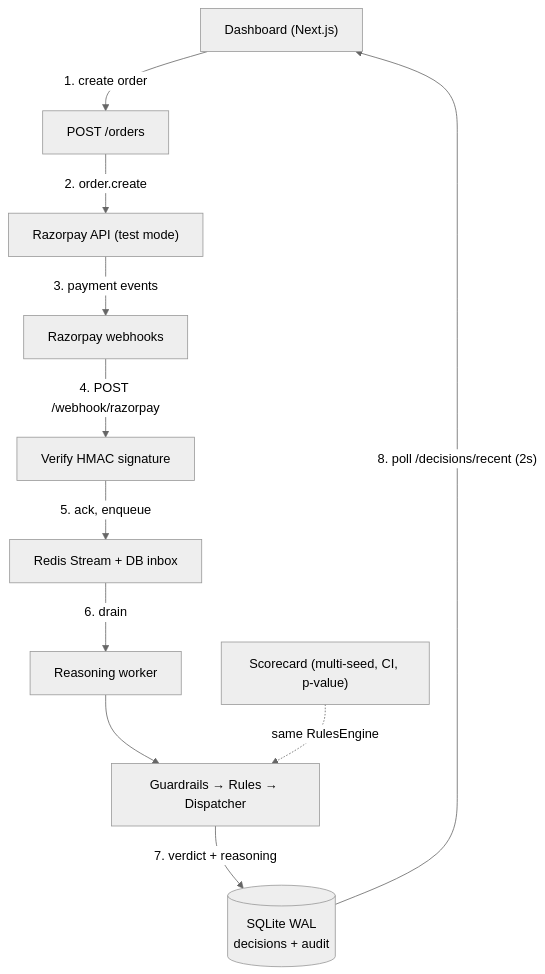
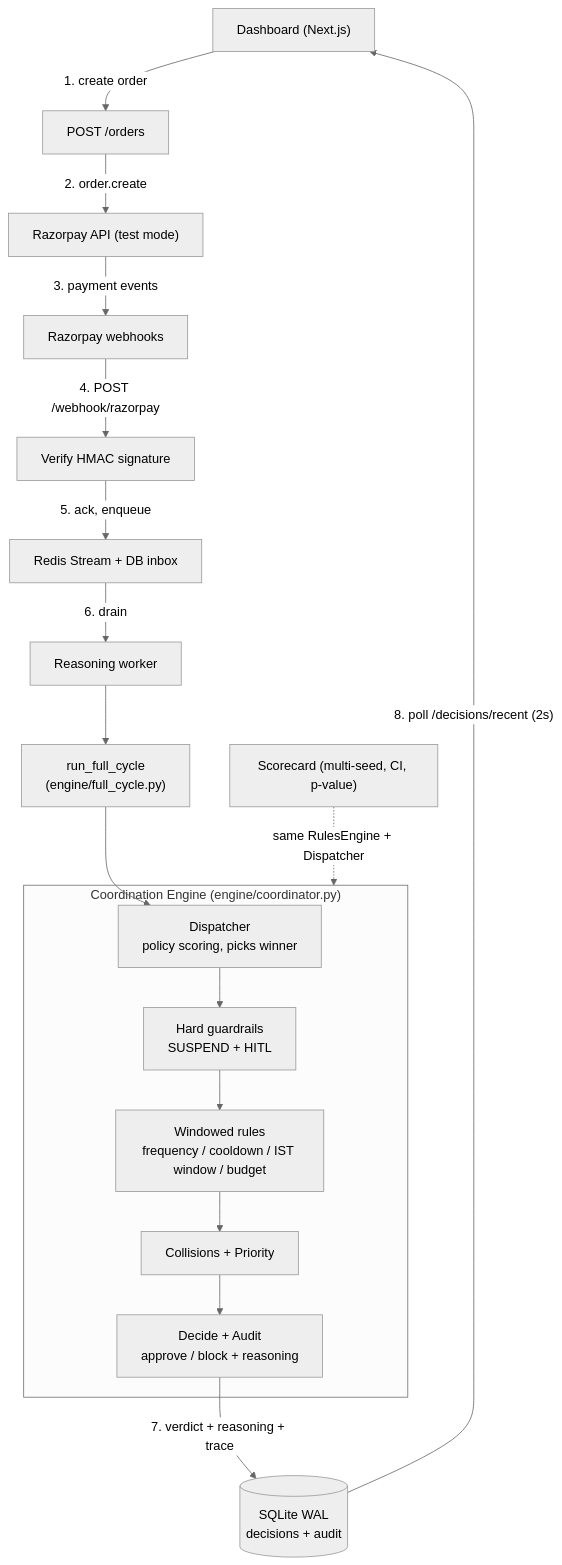
Before and after one commit to ssd-81/razorSync: the diagram in README.md, drawn with Mermaid (neutral theme). The commit also changed 31 other files, not shown here.

First line of the commit message:
feat(coordination): full-cycle dispatcher trace end to end

````diff
--- a/README.md
+++ b/README.md
@@ -129,24 +129,34 @@
 ```mermaid
 flowchart TB
     dash["Dashboard (Next.js)"]
     orders["POST /orders"]
     api["Razorpay API (test mode)"]
     hook["Razorpay webhooks"]
     verify["Verify HMAC signature"]
     inbox["Redis Stream + DB inbox"]
     worker["Reasoning worker"]
-    pipe["Guardrails → Rules → Dispatcher"]
+    fullcycle["run_full_cycle<br/>(engine/full_cycle.py)"]
     store[("SQLite WAL\ndecisions + audit")]
     score["Scorecard (multi-seed, CI, p-value)"]
+
+    subgraph coord["Coordination Engine (engine/coordinator.py)"]
+        disp["Dispatcher<br/>policy scoring, picks winner"]
+        guard["Hard guardrails<br/>SUSPEND + HITL"]
+        rules["Windowed rules<br/>frequency / cooldown / IST window / budget"]
+        coll["Collisions + Priority"]
+        decide["Decide + Audit<br/>approve / block + reasoning"]
+        disp --> guard --> rules --> coll --> decide
+    end
 
     dash -->|"1. create order"| orders
     orders -->|"2. order.create"| api
     api -->|"3. payment events"| hook
     hook -->|"4. POST /webhook/razorpay"| verify
     verify -->|"5. ack, enqueue"| inbox
     inbox -->|"6. drain"| worker
-    worker --> pipe
-    pipe -->|"7. verdict + reasoning"| store
+    worker --> fullcycle
+    fullcycle --> disp
+    decide -->|"7. verdict + reasoning + trace"| store
     store -->|"8. poll /decisions/recent (2s)"| dash
-    score -.->|"same RulesEngine"| pipe
+    score -.->|"same RulesEngine + Dispatcher"| coord
 ```
````
